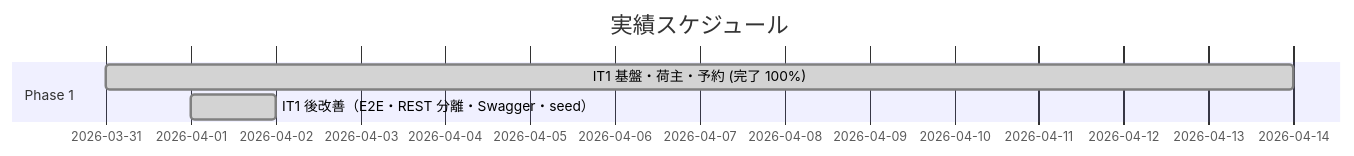
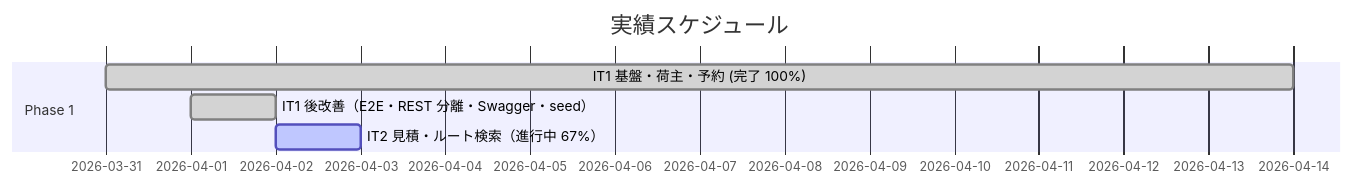
The second of 3 diagrams in docs/development/release_plan.md (k2works/case-study-cargo-tracker), drawn with Mermaid before and after one commit. The commit also changed other lines of this file and 2 other files, not shown here.

````diff
--- a/docs/development/release_plan.md
+++ b/docs/development/release_plan.md
@@ -162,9 +162,10 @@
 ```mermaid
 gantt
     title 実績スケジュール
     dateFormat  YYYY-MM-DD
     section Phase 1
     IT1 基盤・荷主・予約 (完了 100%)   :done, it1a, 2026-03-31, 14d
     IT1 後改善（E2E・REST 分離・Swagger・seed） :done, it1b, 2026-04-01, 1d
+    IT2 見積・ルート検索（進行中 67%）          :active, it2a, 2026-04-02, 1d
     section Phase 2
 ```
````
